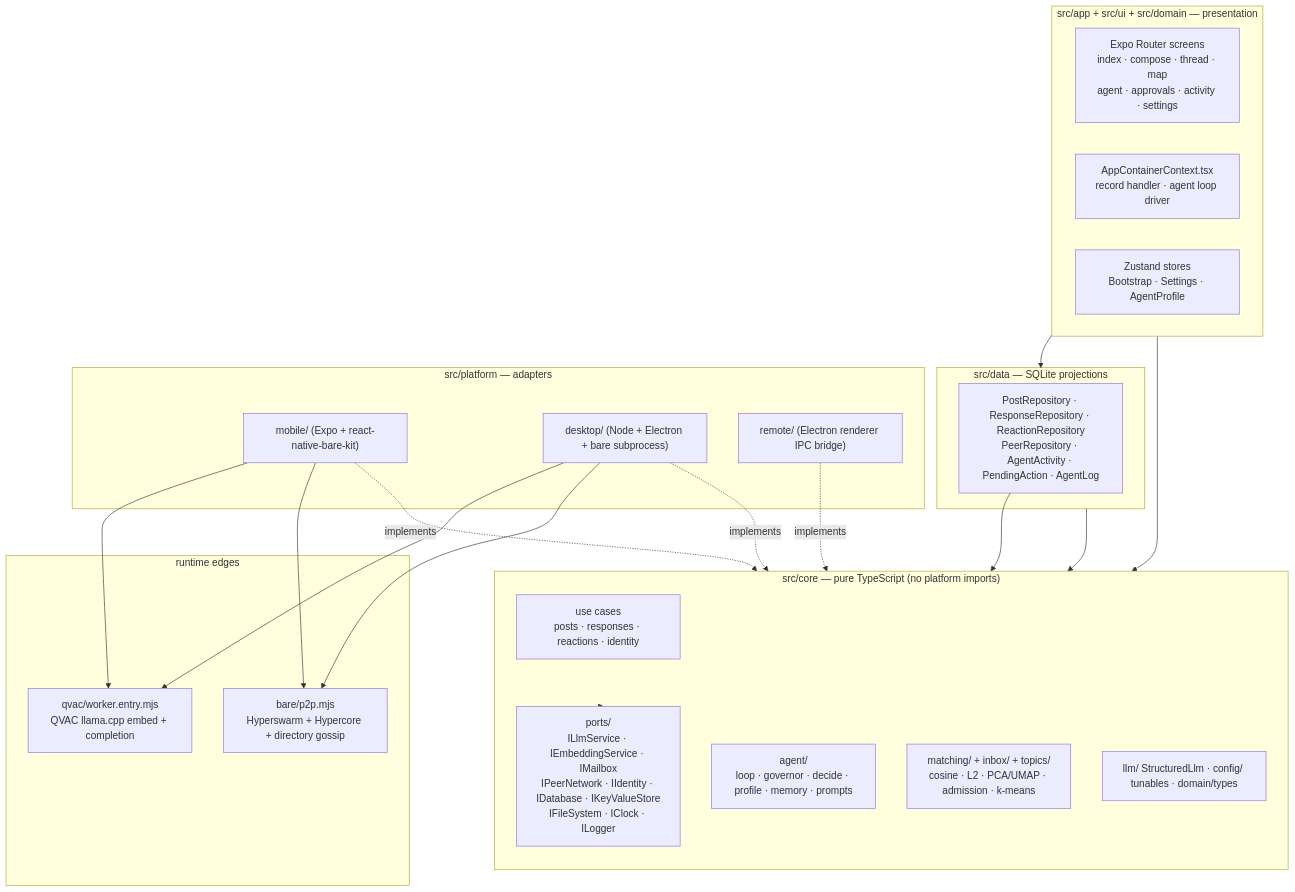
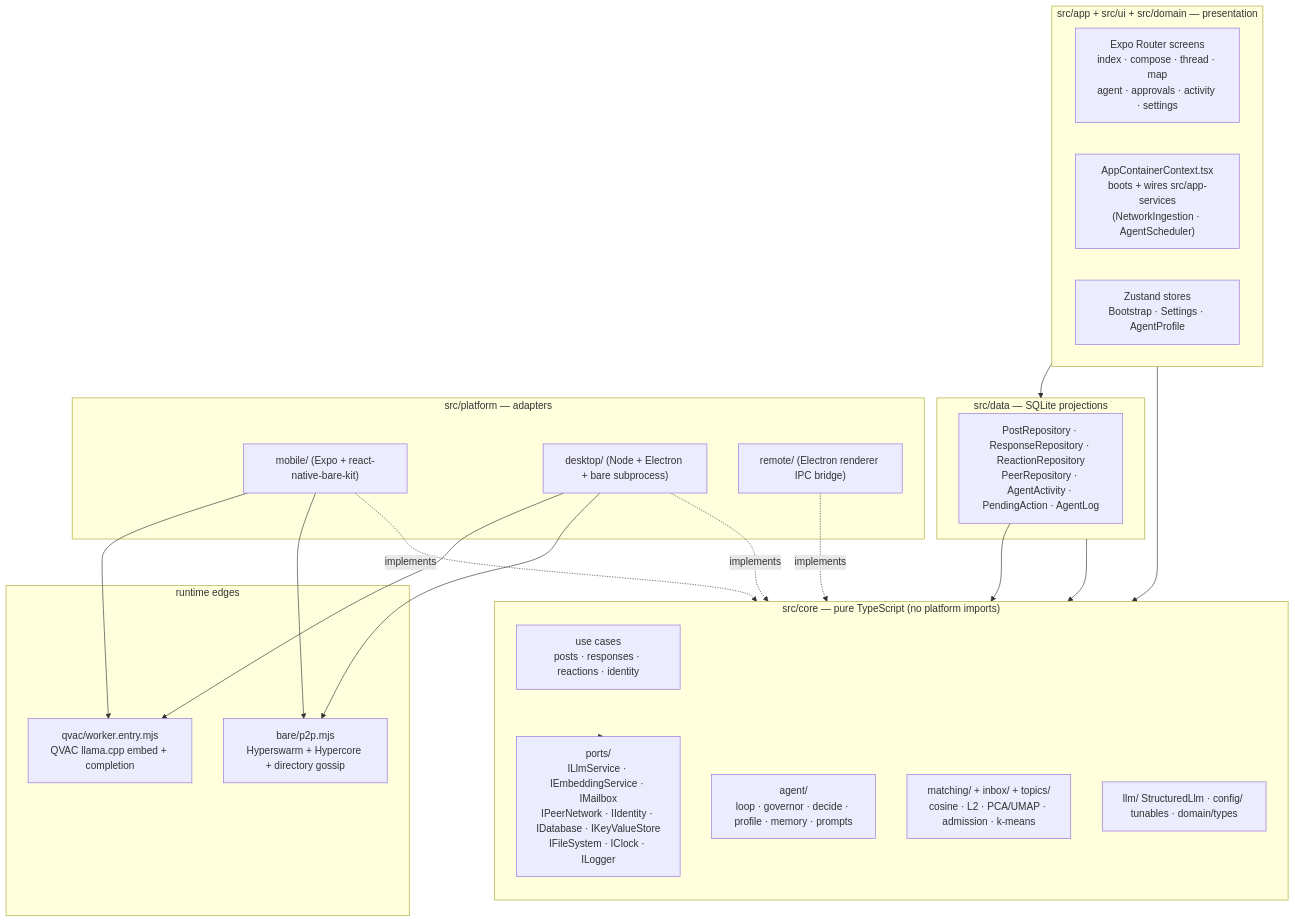
One commit to Helldez/Resonance changed the first of 9 diagrams in docs/DIAGRAMS.md. Above: the diagram before and after it, drawn with Mermaid. The commit also changed other lines of this file and 7 other files, not shown here.

First line of the commit message:
docs: align with the consolidated platform/shared + app-services layout

````diff
--- a/docs/DIAGRAMS.md
+++ b/docs/DIAGRAMS.md
@@ -20,45 +20,45 @@
 ```mermaid
 flowchart TB
     subgraph UI["src/app + src/ui + src/domain — presentation"]
         A1["Expo Router screens<br/>index · compose · thread · map<br/>agent · approvals · activity · settings"]
-        A2["AppContainerContext.tsx<br/>record handler · agent loop driver"]
+        A2["AppContainerContext.tsx<br/>boots + wires src/app-services<br/>(NetworkIngestion · AgentScheduler)"]
         A3["Zustand stores<br/>Bootstrap · Settings · AgentProfile"]
     end
 
     subgraph CORE["src/core — pure TypeScript (no platform imports)"]
         direction TB
         C1["use cases<br/>posts · responses · reactions · identity"]
         C2["agent/<br/>loop · governor · decide · profile · memory · prompts"]
         C3["matching/ + inbox/ + topics/<br/>cosine · L2 · PCA/UMAP · admission · k-means"]
         C4["llm/ StructuredLlm · config/ tunables · domain/types"]
         P["ports/<br/>ILlmService · IEmbeddingService · IMailbox<br/>IPeerNetwork · IIdentity · IDatabase · IKeyValueStore<br/>IFileSystem · IClock · ILogger"]
     end
 
     subgraph DATA["src/data — SQLite projections"]
         D1["PostRepository · ResponseRepository · ReactionRepository<br/>PeerRepository · AgentActivity · PendingAction · AgentLog"]
     end
 
     subgraph PLAT["src/platform — adapters"]
         M["mobile/ (Expo + react-native-bare-kit)"]
         K["desktop/ (Node + Electron + bare subprocess)"]
         R["remote/ (Electron renderer IPC bridge)"]
     end
 
     subgraph EDGE["runtime edges"]
         W["qvac/worker.entry.mjs<br/>QVAC llama.cpp embed + completion"]
         B["bare/p2p.mjs<br/>Hyperswarm + Hypercore + directory gossip"]
     end
 
     UI --> CORE
     UI --> DATA
     CORE --> P
     DATA --> P
     M -.implements.-> P
     K -.implements.-> P
     R -.implements.-> P
     M --> W
     M --> B
     K --> W
     K --> B
     D1 --> P
 ```
````
